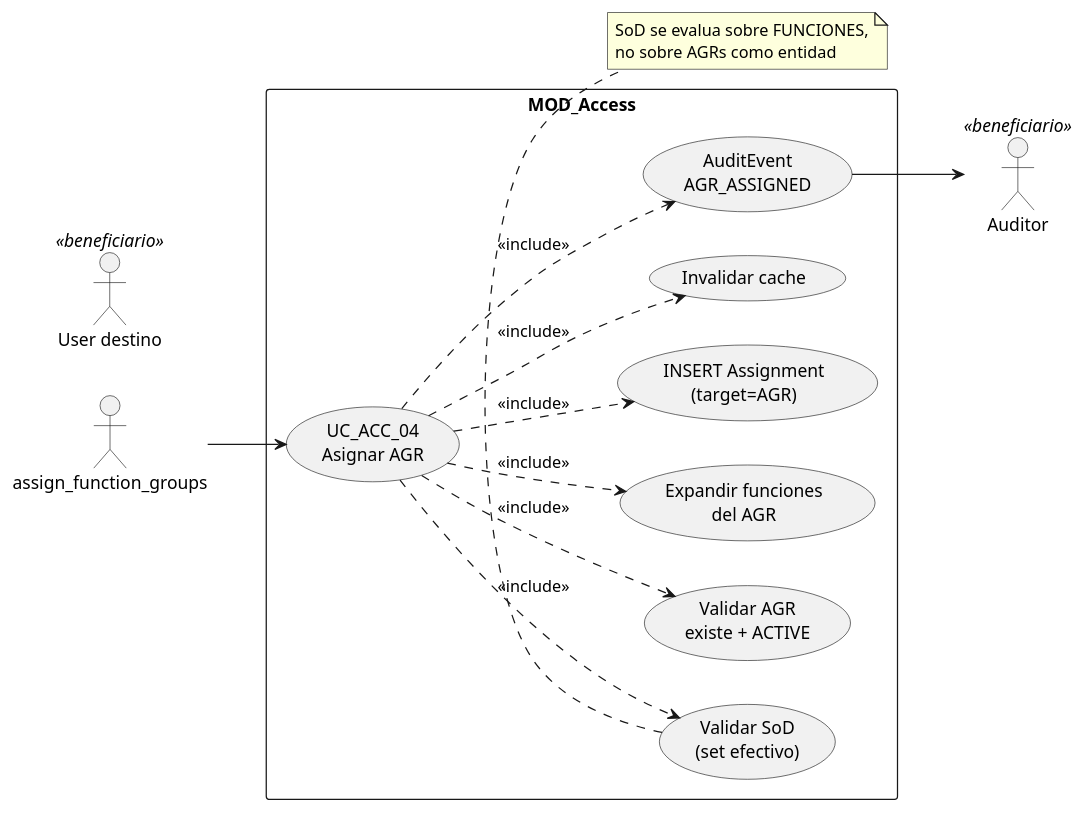
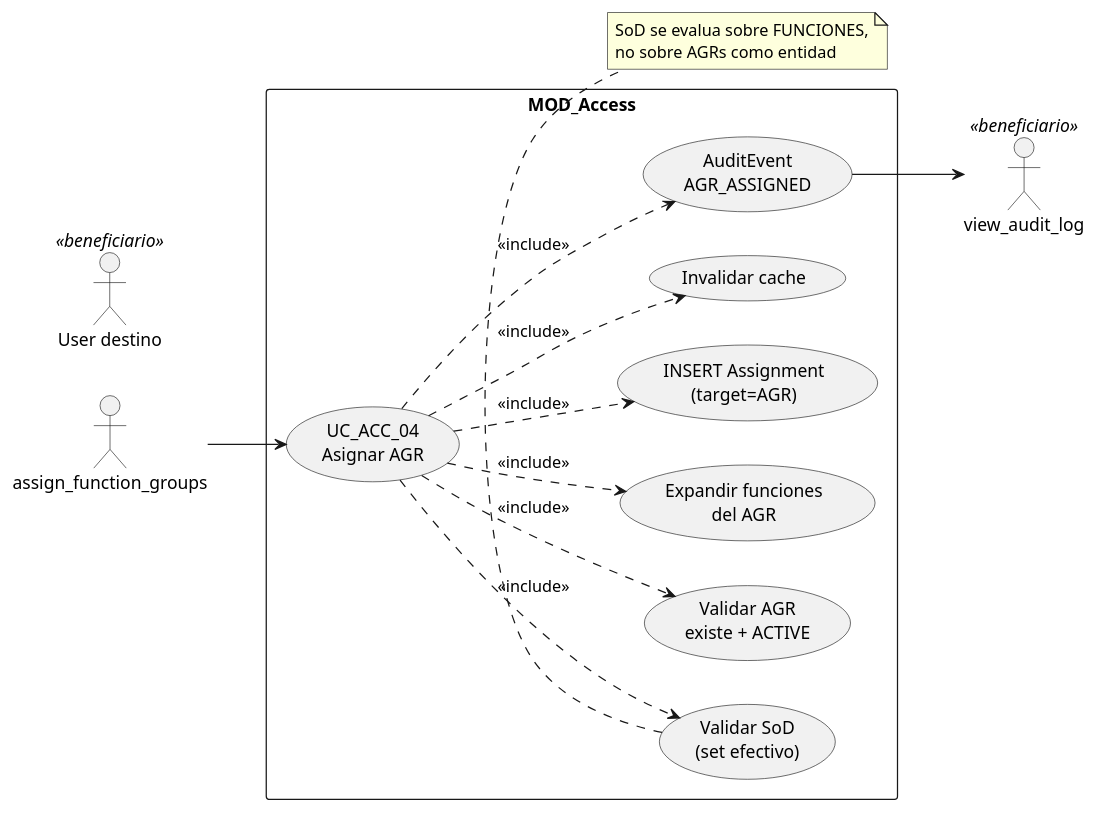
The first of 4 diagrams in source/requisitos/casos-uso/access/uc-acc-04/diagramas-uml.rst (jcg-admin/IACT-docs), drawn with PlantUML before and after one commit. The commit also changed 157 other files, not shown here.

First line of the commit message:
Enforce catalog function names across all diagrams

```diff
--- a/source/requisitos/casos-uso/access/uc-acc-04/diagramas-uml.rst
+++ b/source/requisitos/casos-uso/access/uc-acc-04/diagramas-uml.rst
@@ -10,35 +10,35 @@
 .. uml::
  :caption: UC_ACC_04 — actores y casos asociados
 
  @startuml
  left to right direction
 
  actor "assign_function_groups" as INVOKER
  actor "User destino" as TARGET <<beneficiario>>
- actor "Auditor" as AUD <<beneficiario>>
+ actor "view_audit_log" as AUD <<beneficiario>>
 
  rectangle "MOD_Access" {
    usecase "UC_ACC_04\nAsignar AGR" as UC04
    usecase "Validar AGR\nexiste + ACTIVE" as VAGR
    usecase "Expandir funciones\ndel AGR" as EXP
    usecase "Validar SoD\n(set efectivo)" as SOD
    usecase "INSERT Assignment\n(target=AGR)" as INS
    usecase "Invalidar cache" as CACHE
    usecase "AuditEvent\nAGR_ASSIGNED" as EMI
  }
 
  INVOKER --> UC04
  UC04 ..> VAGR : <<include>>
  UC04 ..> EXP : <<include>>
  UC04 ..> SOD : <<include>>
  UC04 ..> INS : <<include>>
  UC04 ..> CACHE : <<include>>
  UC04 ..> EMI : <<include>>
  EMI --> AUD
 
  note bottom of SOD
    SoD se evalua sobre FUNCIONES,
    no sobre AGRs como entidad
  end note
 
  @enduml
```
